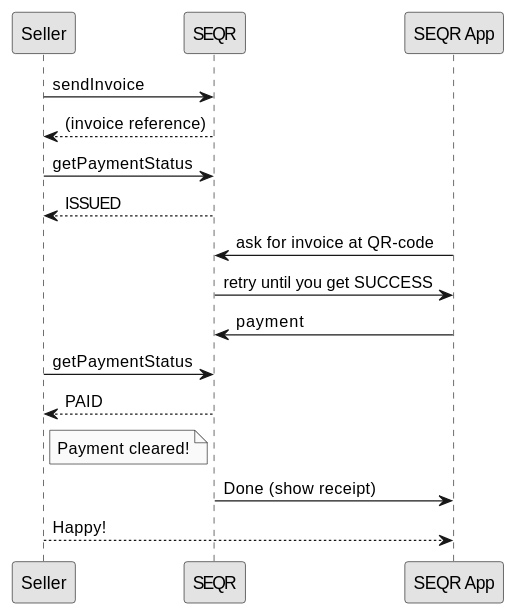
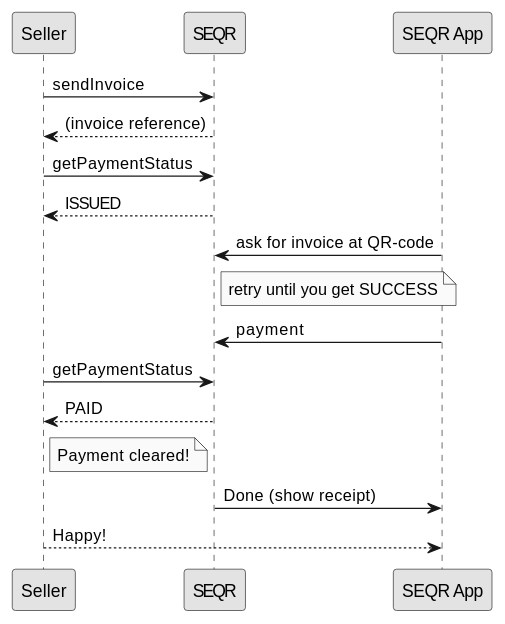
The diagram in merchant/payment/index.md (SeamlessDistribution/SeamlessDistribution.github.io), drawn with PlantUML before and after one commit.

Commit message:
- added a note in sequence diagram

```diff
--- a/merchant/payment/index.md
+++ b/merchant/payment/index.md
@@ -22,18 +22,18 @@
 @startuml
 skinparam monochrome true
 participant Seller
 participant SEQR
 participant "SEQR App" as SEQRApp
 Seller->SEQR: sendInvoice
 SEQR-->Seller: (invoice reference)
 Seller->SEQR: getPaymentStatus
 SEQR-->Seller: ISSUED
 SEQRApp->SEQR: ask for invoice at QR-code
-SEQR->SEQRApp: retry until you get SUCCESS
+Note right of SEQR: retry until you get SUCCESS
 SEQRApp->SEQR: payment
 Seller->SEQR: getPaymentStatus
 SEQR-->Seller: PAID
 Note right of Seller: Payment cleared!
 SEQR->SEQRApp: Done (show receipt)
 Seller-->SEQRApp: Happy!
 @enduml
```
